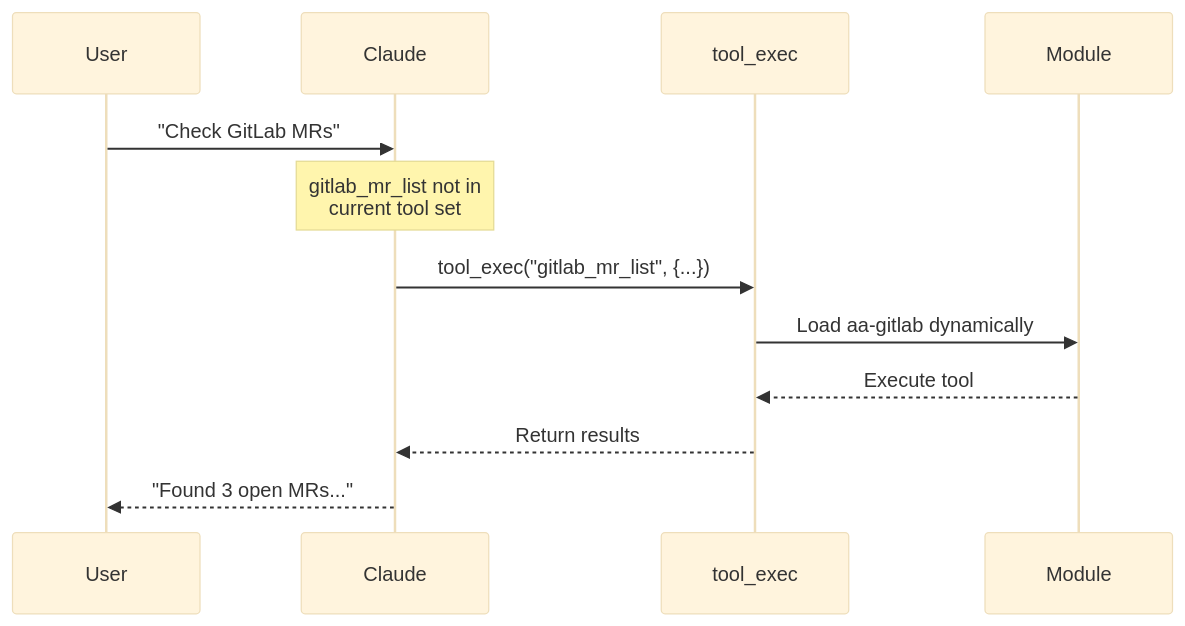
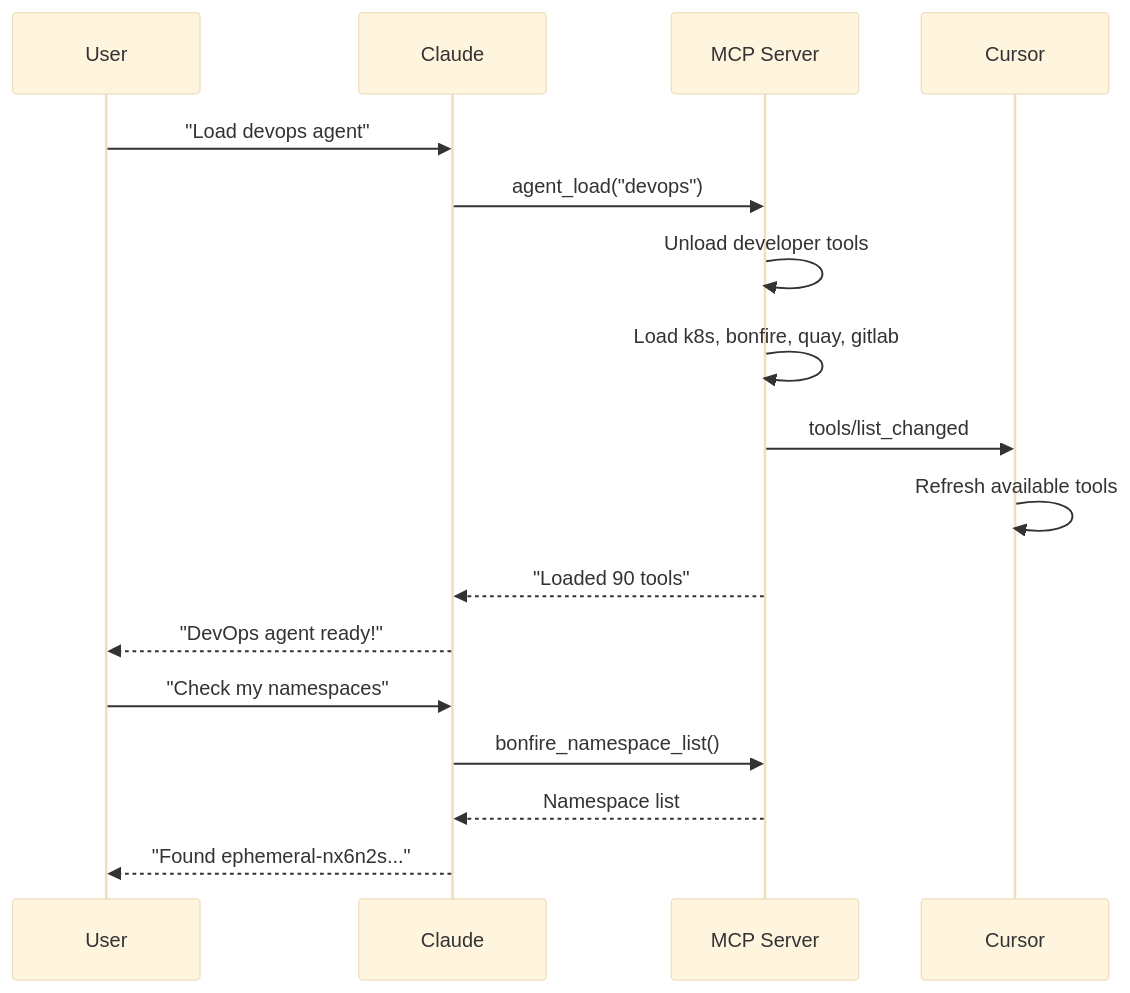
One commit to dmzoneill/redhat-ai-workflow changed diagram 21 of 27 in README.md. Above: the diagram before and after it, drawn with Mermaid (base theme). The commit also changed other lines of this file and 3 other files, not shown here.

````diff
--- a/README.md
+++ b/README.md
@@ -1426,15 +1466,21 @@
 ```mermaid
 sequenceDiagram
     participant User
     participant Claude
-    participant tool_exec
-    participant Module
+    participant MCP as MCP Server
+    participant Cursor
     
-    User->>Claude: "Check GitLab MRs"
-    Note over Claude: gitlab_mr_list not in<br/>current tool set
-    Claude->>tool_exec: tool_exec("gitlab_mr_list", {...})
-    tool_exec->>Module: Load aa-gitlab dynamically
-    Module-->>tool_exec: Execute tool
-    tool_exec-->>Claude: Return results
-    Claude-->>User: "Found 3 open MRs..."
+    User->>Claude: "Load devops agent"
+    Claude->>MCP: agent_load("devops")
+    MCP->>MCP: Unload developer tools
+    MCP->>MCP: Load k8s, bonfire, quay, gitlab
+    MCP->>Cursor: tools/list_changed
+    Cursor->>Cursor: Refresh available tools
+    MCP-->>Claude: "Loaded 90 tools"
+    Claude-->>User: "DevOps agent ready!"
+    
+    User->>Claude: "Check my namespaces"
+    Claude->>MCP: bonfire_namespace_list()
+    MCP-->>Claude: Namespace list
+    Claude-->>User: "Found ephemeral-nx6n2s..."
 ```
````
